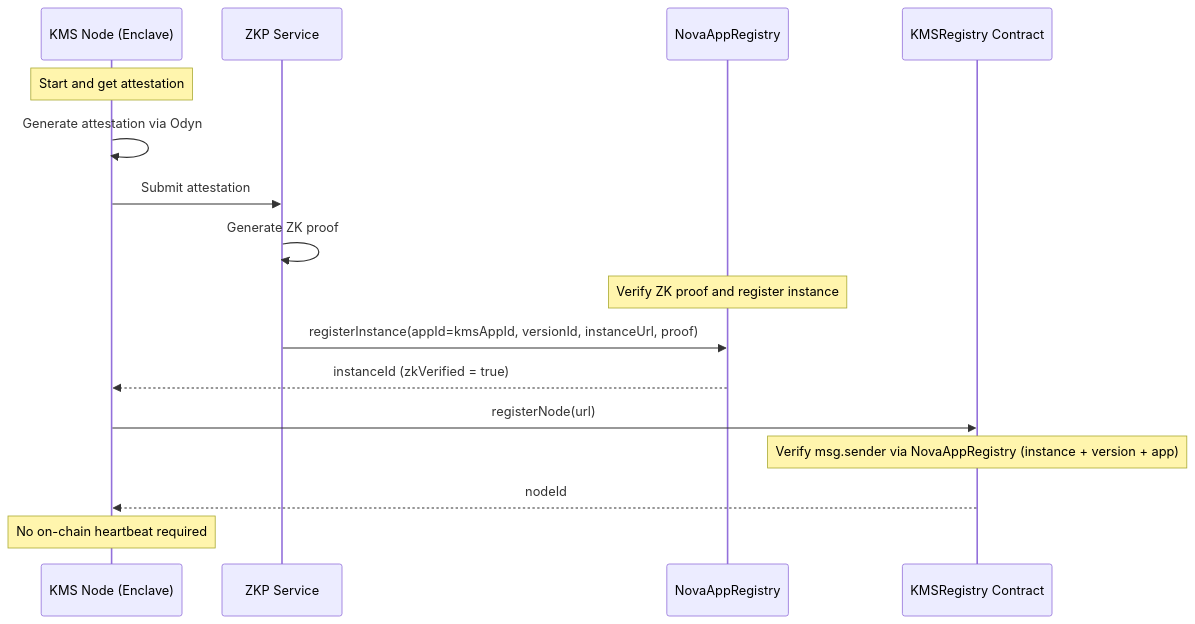
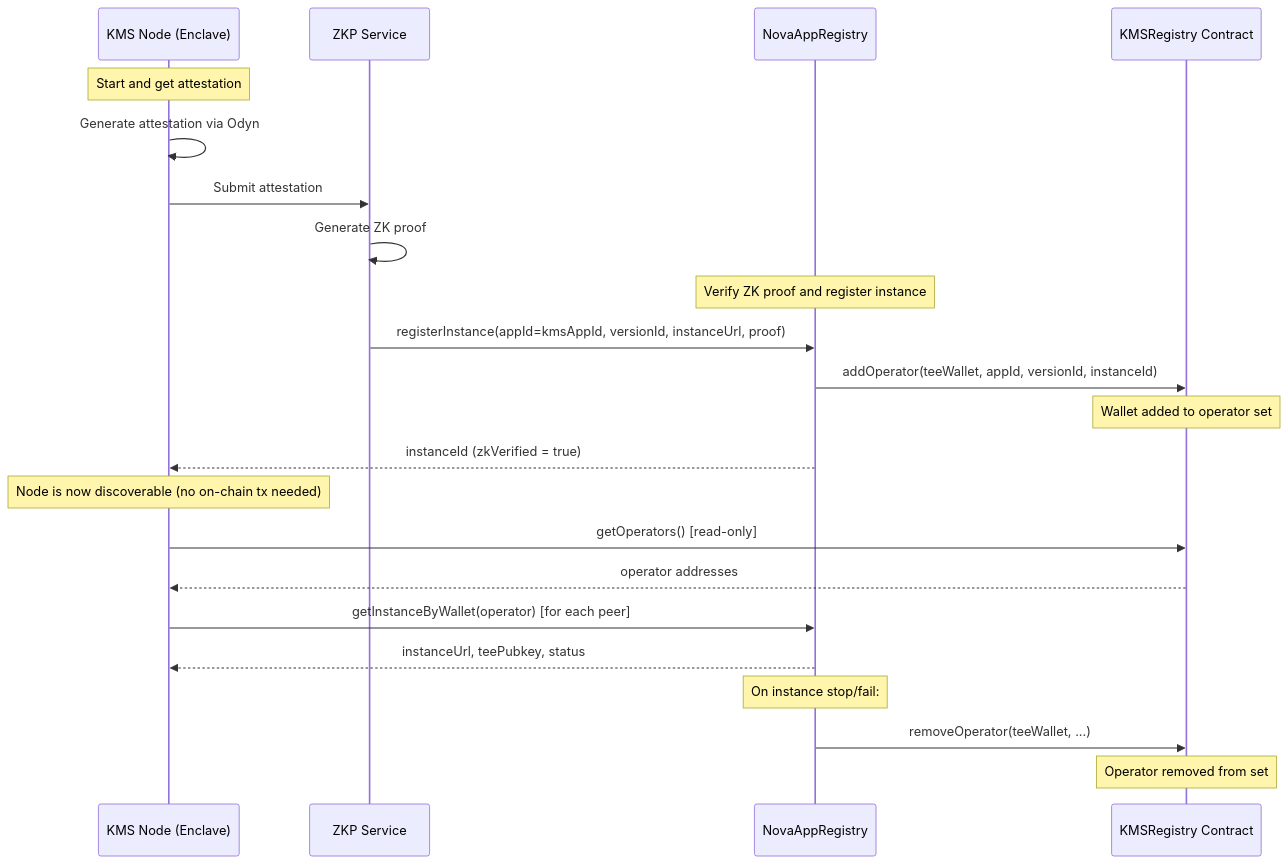
The second of 4 diagrams in docs/architecture.md (sparsity-xyz/nova-kms), drawn with Mermaid before and after one commit. The commit also changed other lines of this file and 42 other files, not shown here.

````diff
--- a/docs/architecture.md
+++ b/docs/architecture.md
@@ -210,23 +208,29 @@
 ```mermaid
 sequenceDiagram
     participant KMS as KMS Node (Enclave)
     participant ZKP as ZKP Service
     participant AR as NovaAppRegistry
     participant KC as KMSRegistry Contract
     
     Note over KMS: Start and get attestation
     KMS->>KMS: Generate attestation via Odyn
     
     KMS->>ZKP: Submit attestation
     ZKP->>ZKP: Generate ZK proof
 
     Note over AR: Verify ZK proof and register instance
     ZKP->>AR: registerInstance(appId=kmsAppId, versionId, instanceUrl, proof)
+    AR->>KC: addOperator(teeWallet, appId, versionId, instanceId)
+    Note over KC: Wallet added to operator set
     AR-->>KMS: instanceId (zkVerified = true)
     
-    KMS->>KC: registerNode(url)
-    Note over KC: Verify msg.sender via NovaAppRegistry (instance + version + app)
-    KC-->>KMS: nodeId
+    Note over KMS: Node is now discoverable (no on-chain tx needed)
+    KMS->>KC: getOperators() [read-only]
+    KC-->>KMS: operator addresses
+    KMS->>AR: getInstanceByWallet(operator) [for each peer]
+    AR-->>KMS: instanceUrl, teePubkey, status
     
-    Note over KMS: No on-chain heartbeat required
+    Note over AR: On instance stop/fail:
+    AR->>KC: removeOperator(teeWallet, ...)
+    Note over KC: Operator removed from set
 ```
````
